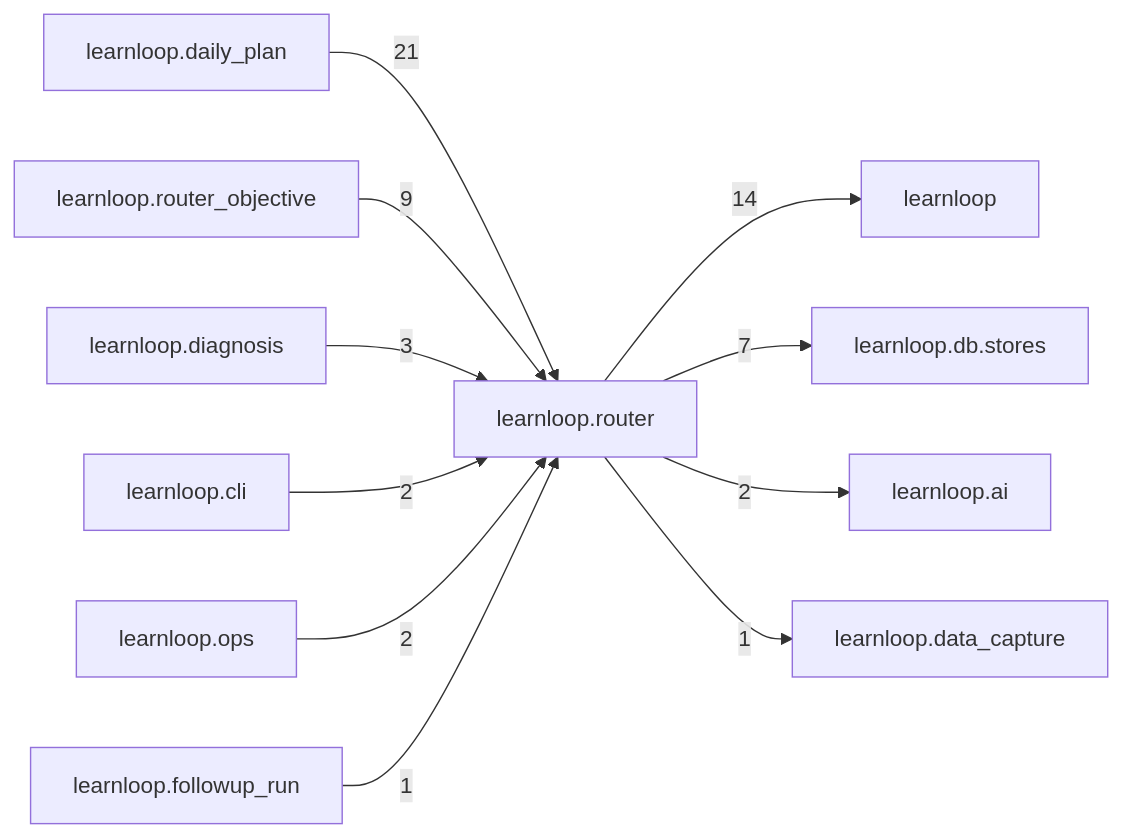
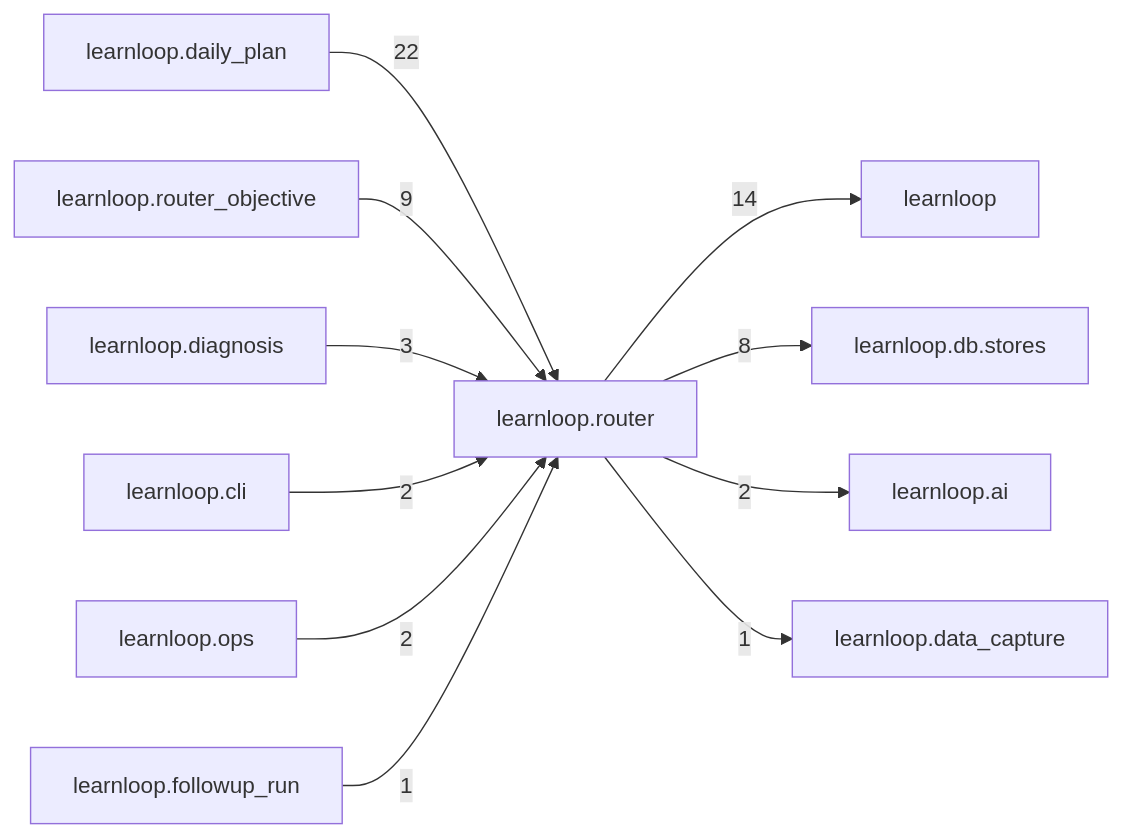
The diagram in docs/learnloop-architecture-vault/Reference/Modules/learnloop/router/_package.md (6up-b/learnanything), drawn with Mermaid before and after one commit. The commit also changed other lines of this file and 69 other files, not shown here.

Commit message:
Vault: module references regenerated after the probe router's continuation (a note for daily_plan.probe_continuation)

````diff
--- a/docs/learnloop-architecture-vault/Reference/Modules/learnloop/router/_package.md
+++ b/docs/learnloop-architecture-vault/Reference/Modules/learnloop/router/_package.md
@@ -96,24 +96,24 @@
 ```mermaid
 flowchart LR
     center["learnloop.router"]
     n_learnloop_daily_plan["learnloop.daily_plan"]
     n_learnloop["learnloop"]
     n_learnloop_router_objective["learnloop.router_objective"]
     n_learnloop_db_stores["learnloop.db.stores"]
     n_learnloop_diagnosis["learnloop.diagnosis"]
     n_learnloop_ai["learnloop.ai"]
     n_learnloop_cli["learnloop.cli"]
     n_learnloop_ops["learnloop.ops"]
     n_learnloop_data_capture["learnloop.data_capture"]
     n_learnloop_followup_run["learnloop.followup_run"]
-    n_learnloop_daily_plan -->|21| center
+    n_learnloop_daily_plan -->|22| center
     center -->|14| n_learnloop
     n_learnloop_router_objective -->|9| center
-    center -->|7| n_learnloop_db_stores
+    center -->|8| n_learnloop_db_stores
     n_learnloop_diagnosis -->|3| center
     center -->|2| n_learnloop_ai
     n_learnloop_cli -->|2| center
     n_learnloop_ops -->|2| center
     center -->|1| n_learnloop_data_capture
     n_learnloop_followup_run -->|1| center
 ```
````
